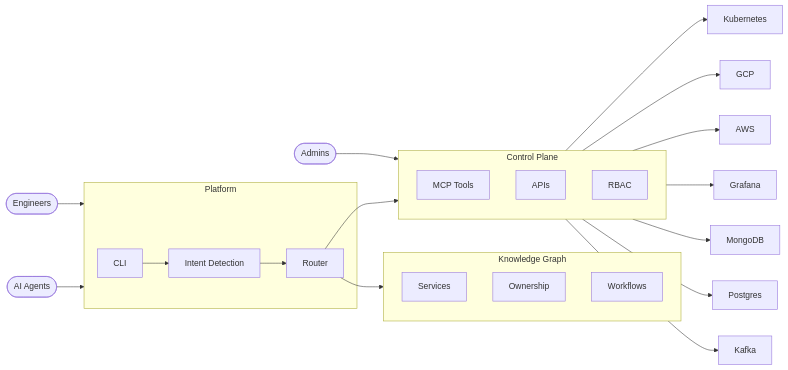
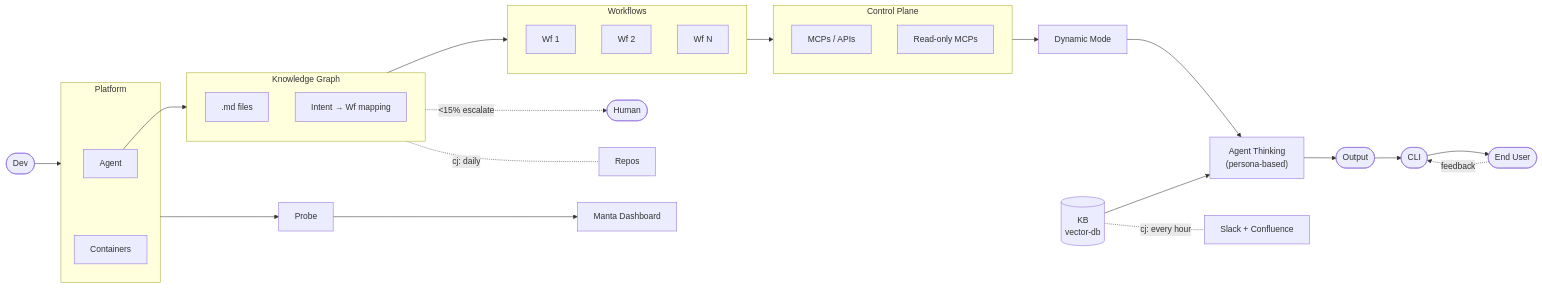
One commit to GaganM1shra/clisrep changed the diagram in readme.md. Above: the diagram before and after it, drawn with Mermaid. The commit also changed other lines of this file, not shown here.

Commit message:
update readme: new architecture diagram and next steps
- Mermaid diagram reflects team-agreed architecture:
  Platform → Agent → KG (intent-to-wf) → Workflows → Control → Dynamic Mode → Output
  KB (vector-db) fed from Slack/Confluence (hourly cron)
  KG fed from repos (daily cron)
  <15% escalation path when no workflow matches
  Probe → Manta dashboard for monitoring
- Next steps: build 2 workflows + repo-based KG + KB vector-db
- Updated Phase 1 stats to reflect intent model (1046 requests, 79% coverage)

AI-Session-Id: 9aa02b58-9a5a-472c-b412-ebb961d3a4ab
AI-Tool: claude-code
AI-Model: unknown

````diff
--- a/readme.md
+++ b/readme.md
@@ -7,32 +7,43 @@
 ```mermaid
 flowchart LR
-    Eng([Engineers]) --> Platform
-    AI([AI Agents]) --> Platform
-    Admin([Admins]) --> Control
+    Dev([Dev]) --> Platform
 
     subgraph Platform
-        CLI --> Intent[Intent Detection] --> Router
+        Agent[Agent]
+        CTN[Containers]
     end
 
+    Agent --> KG
+    KG --> Wf
+    KG -. "<15% escalate" .-> NoWf([Human])
+    Wf --> Control
+
     subgraph KG[Knowledge Graph]
-        Services
-        Ownership
-        Workflows
+        direction TB
+        MD[".md files"]
+        IntentMap["Intent → Wf mapping"]
+    end
+
+    subgraph Wf[Workflows]
+        W1[Wf 1]
+        W2[Wf 2]
+        W3[Wf N]
     end
 
     subgraph Control[Control Plane]
-        MCP[MCP Tools]
-        APIs
-        RBAC
+        MCPs[MCPs / APIs]
+        RO[Read-only MCPs]
     end
 
-    Router --> KG
-    Router --> Control
-    Control --> K8s[Kubernetes]
-    Control --> GCP
-    Control --> AWS
-    Control --> Grafana
-    Control --> MongoDB
-    Control --> Postgres
-    Control --> Kafka
+    Control --> Dynamic[Dynamic Mode]
+    Dynamic --> Think["Agent Thinking\n(persona-based)"]
+    Think --> Output([Output])
+
+    KB[(KB\nvector-db)] --> Think
+    KB -. "cj: every hour" .- Slack[Slack + Confluence]
+    KG -. "cj: daily" .- Repos[Repos]
+
+    Platform --> Probe[Probe] --> Manta[Manta Dashboard]
+    Output --> CLI([CLI]) --> End([End User])
+    End -. "feedback" .-> CLI
 ```
````
